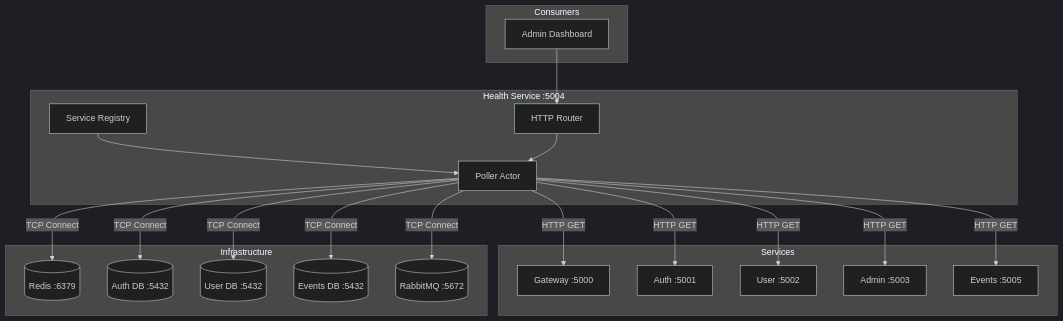
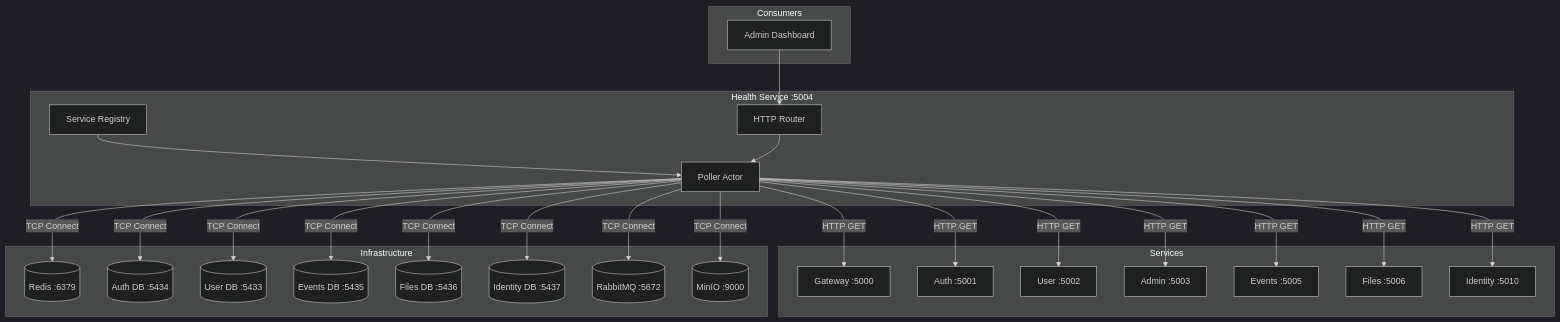
The first of 4 diagrams in docs/guide/services/health.md (Nechja/hellArch), drawn with Mermaid (dark theme) before and after one commit. The commit also changed 6 other files, not shown here.

````diff
--- a/docs/guide/services/health.md
+++ b/docs/guide/services/health.md
@@ -17,42 +17,52 @@
 ```mermaid
 graph TB
     subgraph Health Service :5004
         POLLER[Poller Actor]
         ROUTER[HTTP Router]
         REG[Service Registry]
     end
 
     subgraph Services
         GW[Gateway :5000]
         AUTH[Auth :5001]
         USER[User :5002]
         ADMIN[Admin :5003]
         EVENTS[Events :5005]
+        FILES[Files :5006]
+        IDENTITY[Identity :5010]
     end
 
     subgraph Infrastructure
         REDIS[(Redis :6379)]
-        AUTHDB[(Auth DB :5432)]
-        USERDB[(User DB :5432)]
-        EVENTSDB[(Events DB :5432)]
+        AUTHDB[(Auth DB :5434)]
+        USERDB[(User DB :5433)]
+        EVENTSDB[(Events DB :5435)]
+        FILESDB[(Files DB :5436)]
+        IDENTITYDB[(Identity DB :5437)]
         RMQ[(RabbitMQ :5672)]
+        MINIO[(MinIO :9000)]
     end
 
     subgraph Consumers
         DASHBOARD[Admin Dashboard]
     end
 
     REG --> POLLER
     POLLER -->|HTTP GET| GW
     POLLER -->|HTTP GET| AUTH
     POLLER -->|HTTP GET| USER
     POLLER -->|HTTP GET| ADMIN
     POLLER -->|HTTP GET| EVENTS
+    POLLER -->|HTTP GET| FILES
+    POLLER -->|HTTP GET| IDENTITY
     POLLER -->|TCP Connect| REDIS
     POLLER -->|TCP Connect| AUTHDB
     POLLER -->|TCP Connect| USERDB
     POLLER -->|TCP Connect| EVENTSDB
+    POLLER -->|TCP Connect| FILESDB
+    POLLER -->|TCP Connect| IDENTITYDB
     POLLER -->|TCP Connect| RMQ
+    POLLER -->|TCP Connect| MINIO
     ROUTER --> POLLER
     DASHBOARD --> ROUTER
 ```
````
